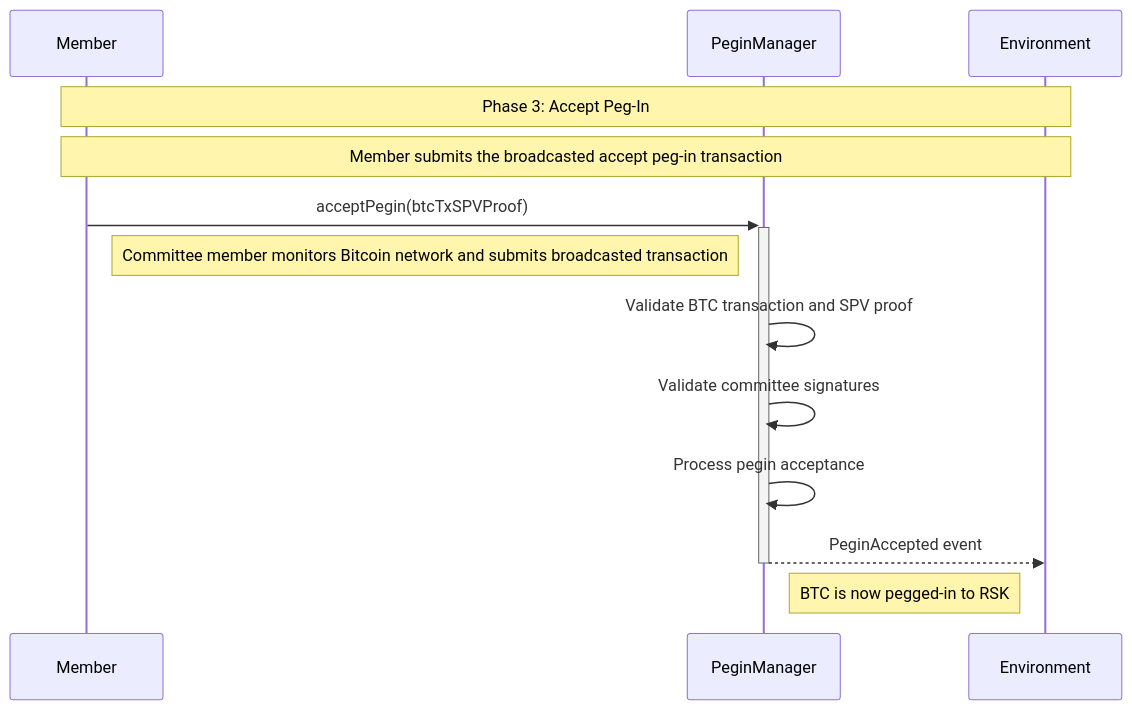
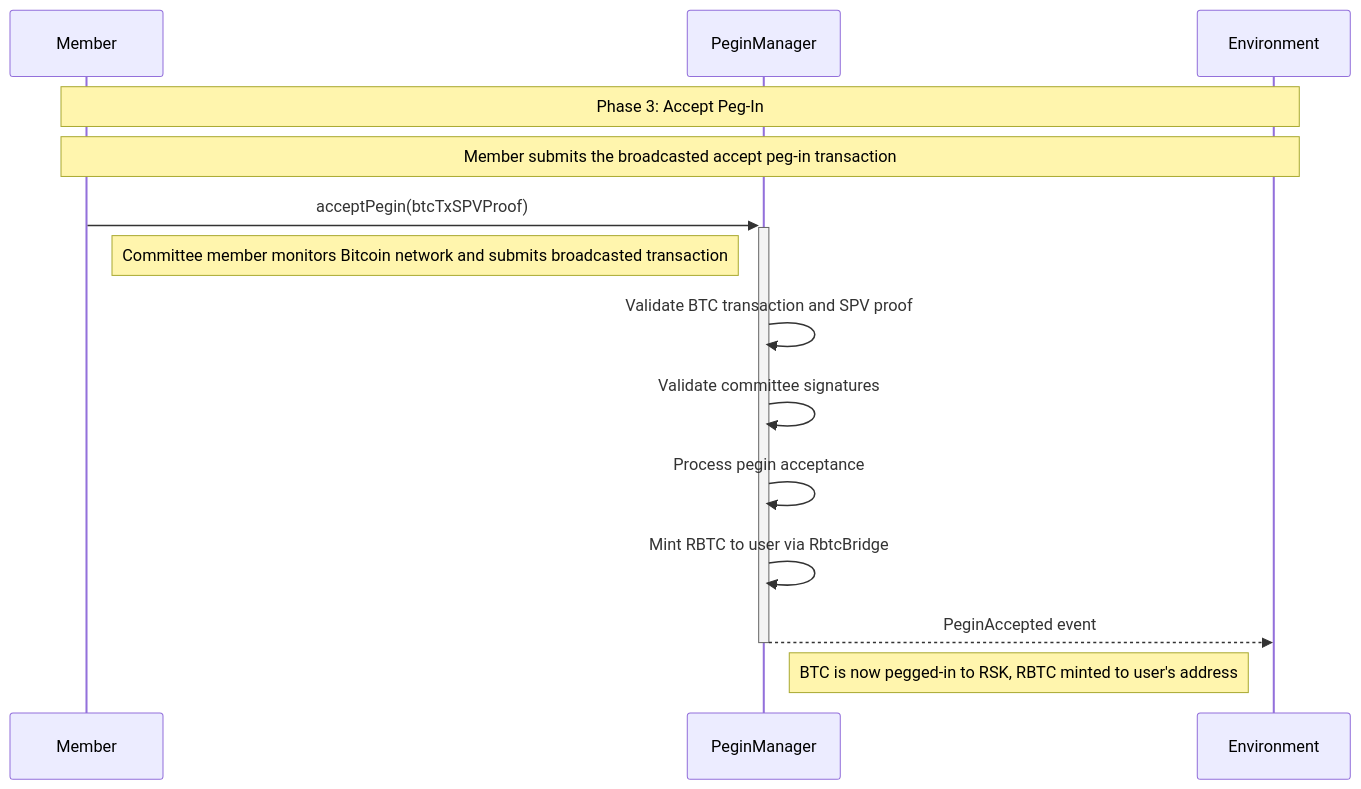
The seventh of 12 diagrams in README.md (rsksmart/union-bridge-contracts), drawn with Mermaid before and after one commit. The commit also changed other lines of this file, not shown here.

````diff
--- a/README.md
+++ b/README.md
@@ -398,17 +522,18 @@
 ```mermaid
 sequenceDiagram
     participant M as Member
     participant PIM as PeginManager
     participant ENV as Environment
 
     Note over M,ENV: Phase 3: Accept Peg-In
     Note over M,ENV: Member submits the broadcasted accept peg-in transaction
 
     M->>+PIM: acceptPegin(btcTxSPVProof)
     Note right of M: Committee member monitors Bitcoin network and submits broadcasted transaction
     PIM->>PIM: Validate BTC transaction and SPV proof
     PIM->>PIM: Validate committee signatures
     PIM->>PIM: Process pegin acceptance
+    PIM->>PIM: Mint RBTC to user via RbtcBridge
     PIM-->>-ENV: PeginAccepted event
-    Note right of PIM: BTC is now pegged-in to RSK
+    Note right of PIM: BTC is now pegged-in to RSK, RBTC minted to user's address
 ```
````
